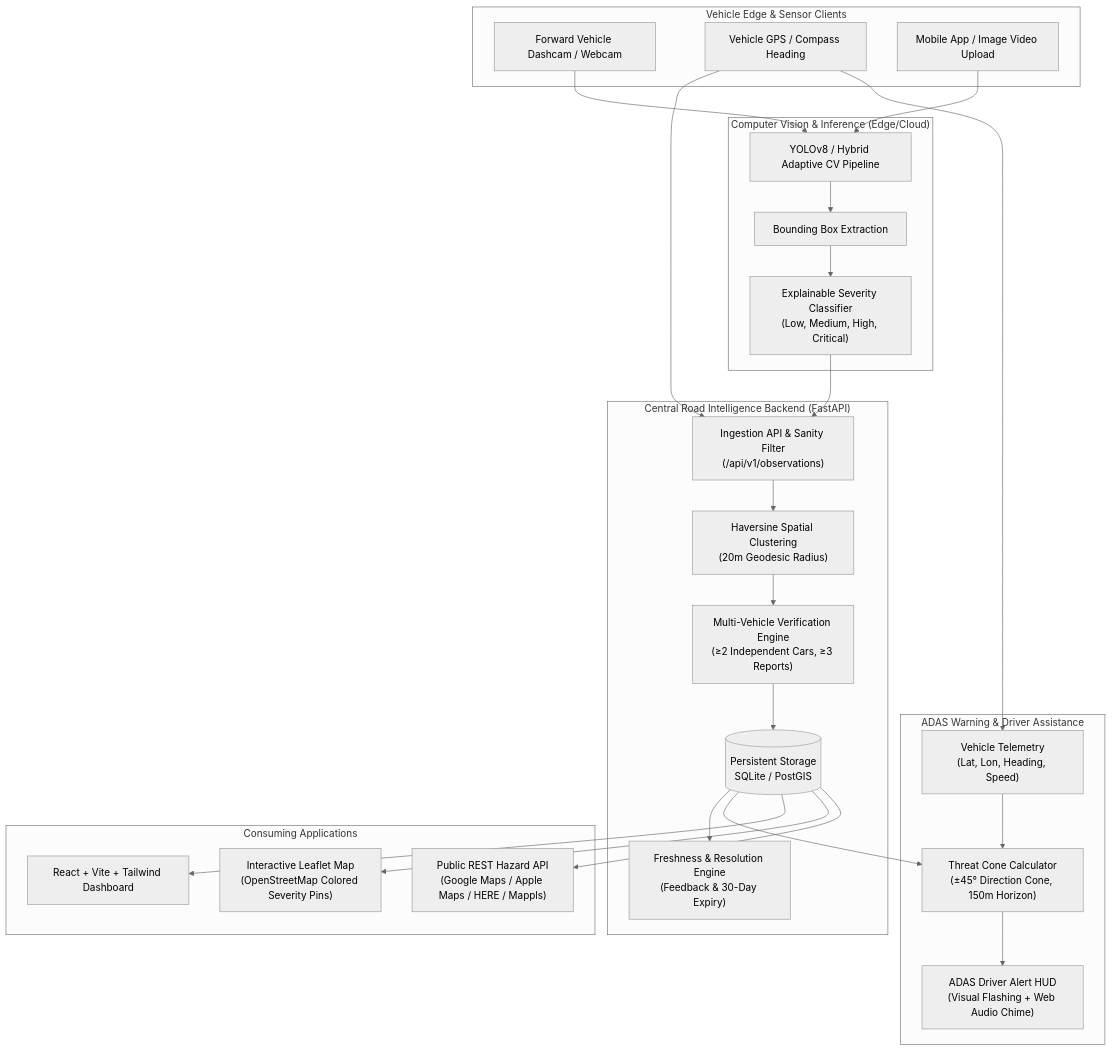
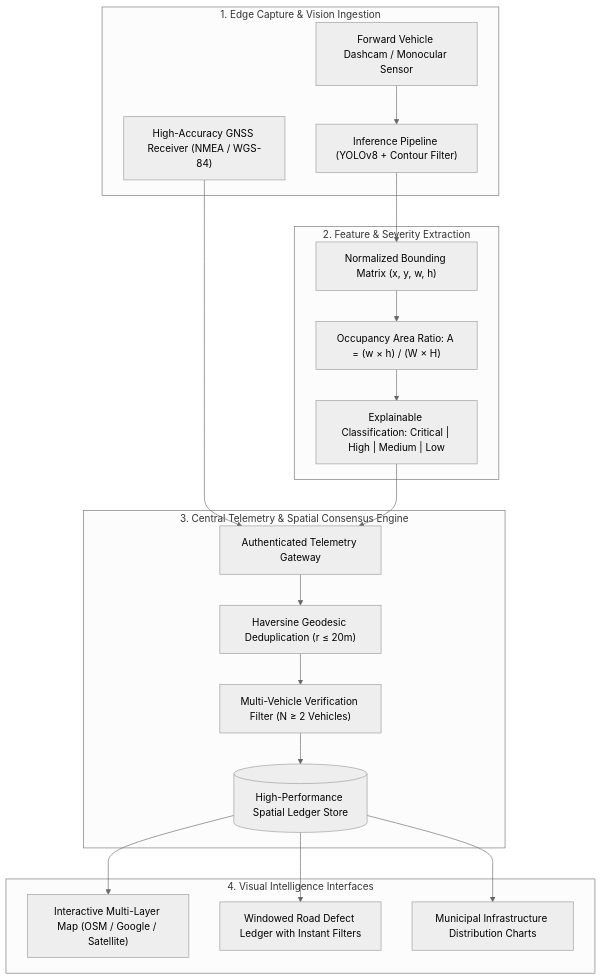
Before and after one commit to avinashvalechha-creator/ai-pothole-detection: the diagram in README.md, drawn with Mermaid (neutral theme). The commit also changed other lines of this file and 1 other file, not shown here.

Commit message:
docs: overhaul README with animated telemetry banner, brutalist specs, and system benchmarks

````diff
--- a/README.md
+++ b/README.md
@@ -10,48 +45,35 @@
 ```mermaid
 flowchart TD
-    subgraph DataCollection["Vehicle Edge & Sensor Clients"]
-        CAM["Forward Vehicle Dashcam / Webcam"]
-        GPS["Vehicle GPS / Compass Heading"]
-        UPLOAD["Mobile App / Image Video Upload"]
+    subgraph EdgeCapture["1. Edge Capture & Vision Ingestion"]
+        CAM["Forward Vehicle Dashcam / Monocular Sensor"]
+        GPS["High-Accuracy GNSS Receiver (NMEA / WGS-84)"]
+        STREAM["Inference Pipeline (YOLOv8 + Contour Filter)"]
     end
 
-    subgraph PerceptionEngine["Computer Vision & Inference (Edge/Cloud)"]
-        YOLO["YOLOv8 / Hybrid Adaptive CV Pipeline"]
-        BBOX["Bounding Box Extraction"]
-        SEV["Explainable Severity Classifier\n(Low, Medium, High, Critical)"]
+    subgraph Perception["2. Feature & Severity Extraction"]
+        BBOX["Normalized Bounding Matrix (x, y, w, h)"]
+        AREA["Occupancy Area Ratio: A = (w × h) / (W × H)"]
+        SEV["Explainable Classification: Critical | High | Medium | Low"]
     end
 
-    subgraph CentralBackend["Central Road Intelligence Backend (FastAPI)"]
-        INGEST["Ingestion API & Sanity Filter\n(/api/v1/observations)"]
-        CLUSTER["Haversine Spatial Clustering\n(20m Geodesic Radius)"]
-        VERIFY["Multi-Vehicle Verification Engine\n(≥2 Independent Cars, ≥3 Reports)"]
-        EXPIRY["Freshness & Resolution Engine\n(Feedback & 30-Day Expiry)"]
-        DB[(Persistent Storage\nSQLite / PostGIS)]
+    subgraph CentralEngine["3. Central Telemetry & Spatial Consensus Engine"]
+        SECURE_INGEST["Authenticated Telemetry Gateway"]
+        HAVERSINE["Haversine Geodesic Deduplication (r ≤ 20m)"]
+        CONSENSUS["Multi-Vehicle Verification Filter (N ≥ 2 Vehicles)"]
+        SPATIAL_DB[("High-Performance Spatial Ledger Store")]
     end
 
-    subgraph ConnectedVehicle["ADAS Warning & Driver Assistance"]
-        TELEMETRY["Vehicle Telemetry\n(Lat, Lon, Heading, Speed)"]
-        CONE["Threat Cone Calculator\n(±45° Direction Cone, 150m Horizon)"]
-        HUD["ADAS Driver Alert HUD\n(Visual Flashing + Web Audio Chime)"]
+    subgraph ClientSurfaces["4. Visual Intelligence Interfaces"]
+        RADAR["Interactive Multi-Layer Map (OSM / Google / Satellite)"]
+        LEDGER["Windowed Road Defect Ledger with Instant Filters"]
+        ANALYTICS["Municipal Infrastructure Distribution Charts"]
     end
 
-    subgraph ConsumerPlatforms["Consuming Applications"]
-        DASH["React + Vite + Tailwind Dashboard"]
-        LEAFLET["Interactive Leaflet Map\n(OpenStreetMap Colored Severity Pins)"]
-        REST_API["Public REST Hazard API\n(Google Maps / Apple Maps / HERE / Mappls)"]
-    end
-
-    CAM --> YOLO
-    UPLOAD --> YOLO
-    YOLO --> BBOX --> SEV
-    GPS --> INGEST
-    SEV --> INGEST
-    INGEST --> CLUSTER --> VERIFY --> DB
-    DB --> EXPIRY
-
-    DB --> CONE
-    GPS --> TELEMETRY --> CONE --> HUD
-    DB --> DASH
-    DB --> LEAFLET
-    DB --> REST_API
+    CAM --> STREAM
+    GPS --> SECURE_INGEST
+    STREAM --> BBOX --> AREA --> SEV --> SECURE_INGEST
+    SECURE_INGEST --> HAVERSINE --> CONSENSUS --> SPATIAL_DB
+    SPATIAL_DB --> RADAR
+    SPATIAL_DB --> LEDGER
+    SPATIAL_DB --> ANALYTICS
 ```
````
